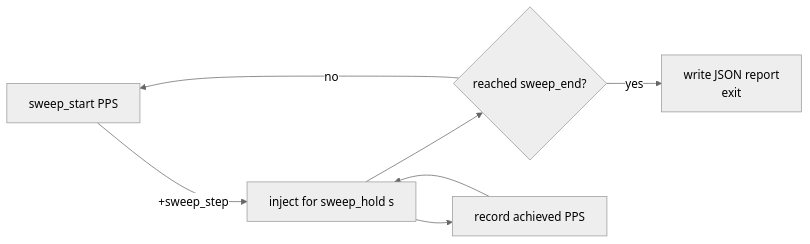
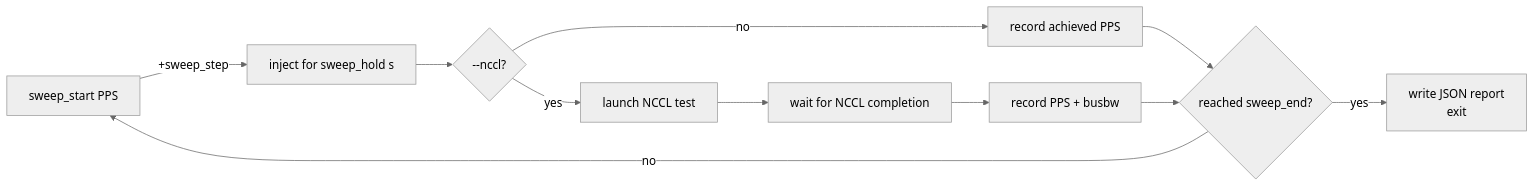
Before and after one commit to mstits/Basidium: the eighth of 9 diagrams in README.md, drawn with Mermaid (neutral theme). The commit also changed other lines of this file and 16 other files, not shown here.

````diff
--- a/README.md
+++ b/README.md
@@ -480,9 +524,13 @@
 ```mermaid
 flowchart LR
     A[sweep_start PPS] -->|+sweep_step| B[inject for sweep_hold s]
-    B --> C{reached sweep_end?}
+    B --> N{--nccl?}
+    N -->|yes| F[launch NCCL test]
+    F --> G[wait for NCCL completion]
+    G --> H[record PPS + busbw]
+    N -->|no| E[record achieved PPS]
+    E --> C{reached sweep_end?}
+    H --> C
     C -->|no| A
-    C -->|yes| D[write JSON report<br/>exit]
-    B --> E[record achieved PPS]
-    E --> B
+    C -->|yes| D["write JSON report<br/>exit"]
 ```
````
